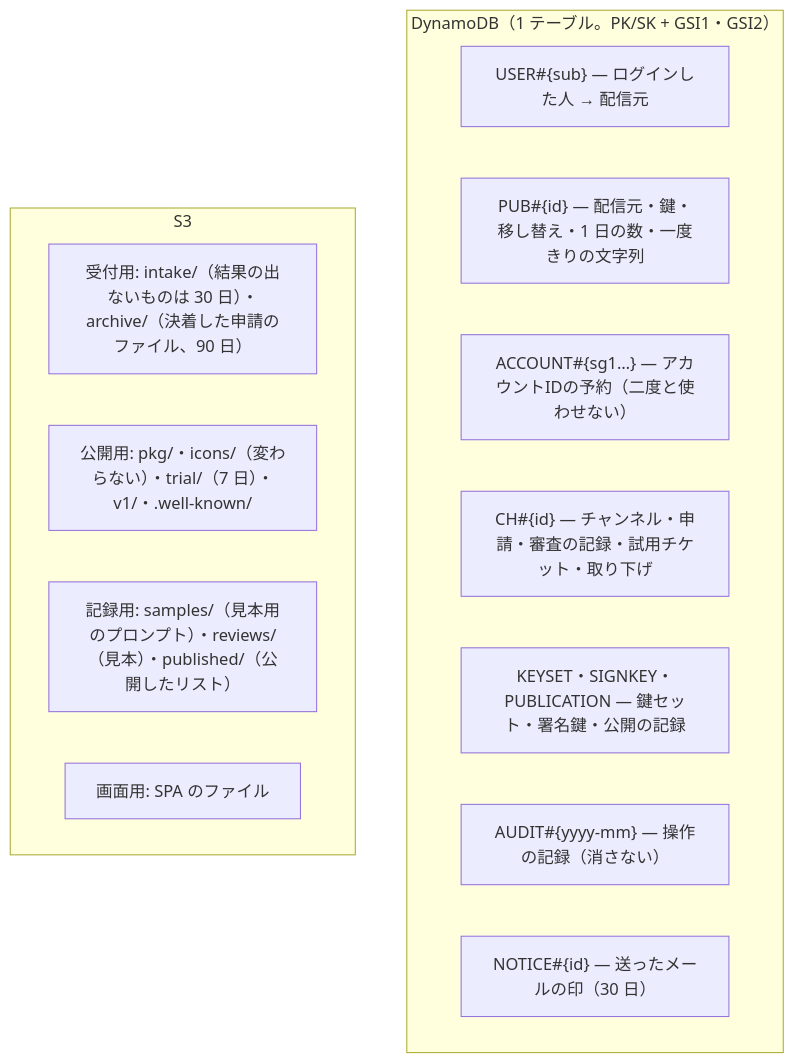
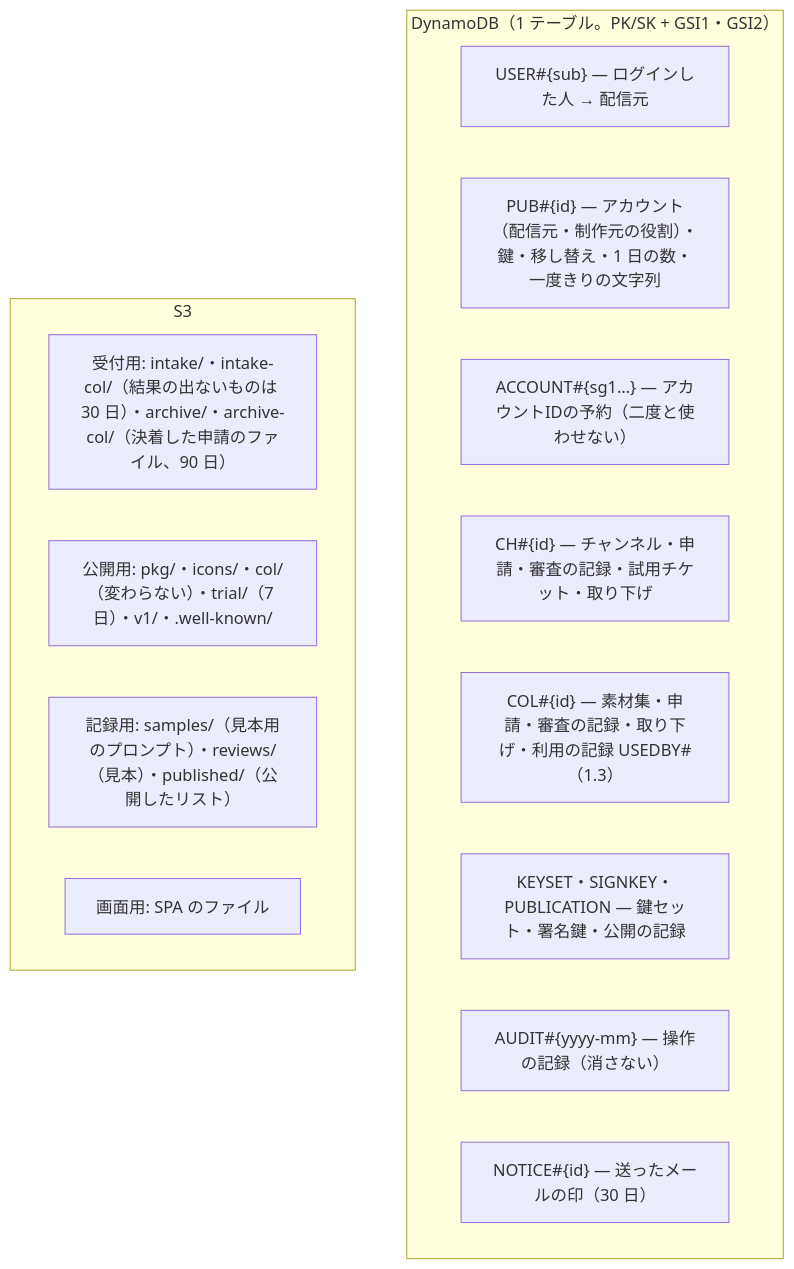
The sixth of 7 diagrams in docs/architecture.md (duwenji/michizure-console), drawn with Mermaid before and after one commit. The commit also changed other lines of this file and 12 other files, not shown here.

````diff
--- a/docs/architecture.md
+++ b/docs/architecture.md
@@ -200,18 +209,19 @@
 ```mermaid
 flowchart TB
   subgraph DDB["DynamoDB（1 テーブル。PK/SK + GSI1・GSI2）"]
     d1["USER#{sub} — ログインした人 → 配信元"]
-    d2["PUB#{id} — 配信元・鍵・移し替え・1 日の数・一度きりの文字列"]
+    d2["PUB#{id} — アカウント（配信元・制作元の役割）・鍵・移し替え・1 日の数・一度きりの文字列"]
     d3["ACCOUNT#{sg1…} — アカウントIDの予約（二度と使わせない）"]
     d4["CH#{id} — チャンネル・申請・審査の記録・試用チケット・取り下げ"]
+    d4b["COL#{id} — 素材集・申請・審査の記録・取り下げ・利用の記録 USEDBY#（1.3）"]
     d5["KEYSET・SIGNKEY・PUBLICATION — 鍵セット・署名鍵・公開の記録"]
     d6["AUDIT#{yyyy-mm} — 操作の記録（消さない）"]
     d7["NOTICE#{id} — 送ったメールの印（30 日）"]
   end
   subgraph S3["S3"]
-    s1["受付用: intake/（結果の出ないものは 30 日）・archive/（決着した申請のファイル、90 日）"]
-    s2["公開用: pkg/・icons/（変わらない）・trial/（7 日）・v1/・.well-known/"]
+    s1["受付用: intake/・intake-col/（結果の出ないものは 30 日）・archive/・archive-col/（決着した申請のファイル、90 日）"]
+    s2["公開用: pkg/・icons/・col/（変わらない）・trial/（7 日）・v1/・.well-known/"]
     s3["記録用: samples/（見本用のプロンプト）・reviews/（見本）・published/（公開したリスト）"]
     s4["画面用: SPA のファイル"]
   end
 ```
````
